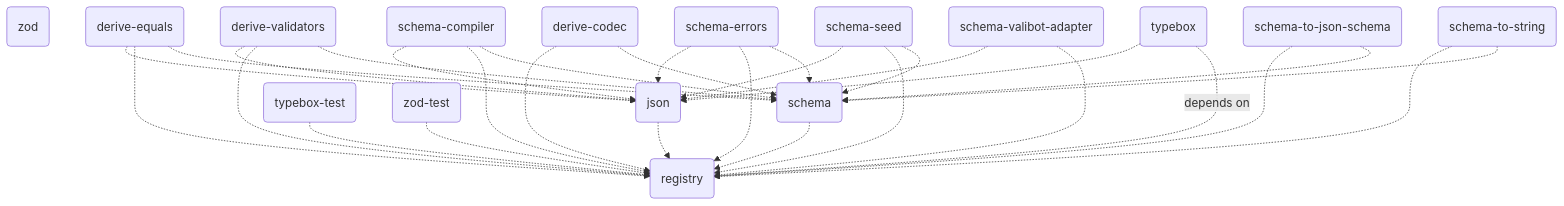
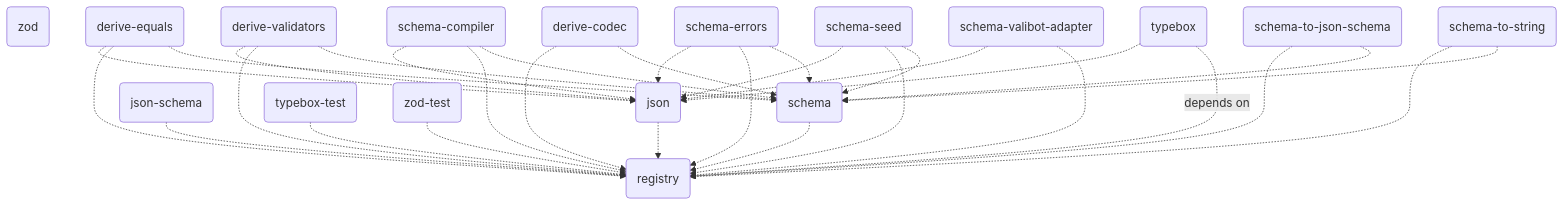
The diagram in README.md (traversable/schema), drawn with Mermaid before and after one commit. The commit also changed other lines of this file and 22 other files, not shown here.

Commit message:
init(json-schema): initializes the `@traversable/json-schema` package

````diff
--- a/README.md
+++ b/README.md
@@ -497,34 +497,35 @@
 ```mermaid
 flowchart TD
     registry(registry)
     zod(zod)
     json(json) -.-> registry(registry)
+    json-schema(json-schema) -.-> registry(registry)
     schema(schema) -.-> registry(registry)
     typebox-test(typebox-test) -.-> registry(registry)
     zod-test(zod-test) -.-> registry(registry)
     derive-codec(derive-codec) -.-> registry(registry)
     derive-codec(derive-codec) -.-> schema(schema)
     derive-equals(derive-equals) -.-> json(json)
     derive-equals(derive-equals) -.-> registry(registry)
     derive-equals(derive-equals) -.-> schema(schema)
     derive-validators(derive-validators) -.-> json(json)
     derive-validators(derive-validators) -.-> registry(registry)
     derive-validators(derive-validators) -.-> schema(schema)
     schema-compiler(schema-compiler) -.-> json(json)
     schema-compiler(schema-compiler) -.-> registry(registry)
     schema-compiler(schema-compiler) -.-> schema(schema)
     schema-errors(schema-errors) -.-> json(json)
     schema-errors(schema-errors) -.-> registry(registry)
     schema-errors(schema-errors) -.-> schema(schema)
     schema-seed(schema-seed) -.-> json(json)
     schema-seed(schema-seed) -.-> registry(registry)
     schema-seed(schema-seed) -.-> schema(schema)
     schema-to-json-schema(schema-to-json-schema) -.-> registry(registry)
     schema-to-json-schema(schema-to-json-schema) -.-> schema(schema)
     schema-to-string(schema-to-string) -.-> registry(registry)
     schema-to-string(schema-to-string) -.-> schema(schema)
     schema-valibot-adapter(schema-valibot-adapter) -.-> json(json)
     schema-valibot-adapter(schema-valibot-adapter) -.-> registry(registry)
     typebox(typebox) -.-> json(json)
     typebox(typebox) -.depends on.-> registry(registry)
 ```
````
